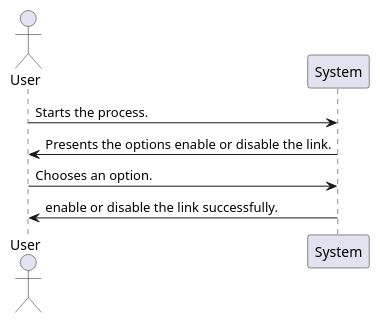
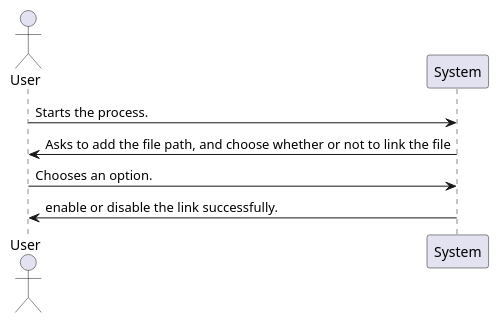
One commit to RubenTeixeira/cleansheets_isep_2dg_2016 changed the diagram in src/main/java/csheets/worklog/n1141042/sprint3/disablethelink.puml. Above: the diagram before and after it, drawn with PlantUML. The commit also changed 2 other files, not shown here.

```diff
--- a/src/main/java/csheets/worklog/n1141042/sprint3/disablethelink.puml
+++ b/src/main/java/csheets/worklog/n1141042/sprint3/disablethelink.puml
@@ -1,9 +1,9 @@
-@startuml doc-files/desableLink_analysis.png
+@startuml doc-files/EnabledesableLink_analysis.png
 
 actor User
 
 User->System: Starts the process.
-System->User: Presents the options enable or disable the link.
+System->User: Asks to add the file path, and choose whether or not to link the file
 User->System: Chooses an option.
 System->User: enable or disable the link successfully.
 @enduml
```
